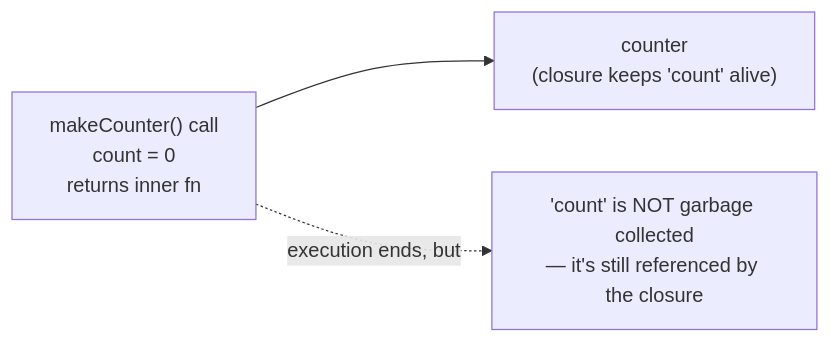
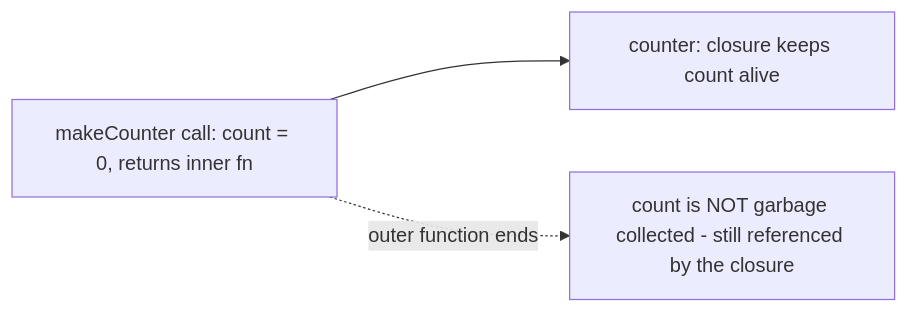
One commit to DipanPramanik098/Thunder-100-Days-Of-Code changed the eighth of 19 diagrams in _01_JavaScript/JavaScript.md. Above: the diagram before and after it, drawn with Mermaid. The commit also changed other lines of this file, not shown here.

````diff
--- a/_01_JavaScript/JavaScript.md
+++ b/_01_JavaScript/JavaScript.md
@@ -406,5 +406,5 @@
 ```mermaid
 flowchart LR
-    A["makeCounter() call\ncount = 0\nreturns inner fn"] --> B["counter\n(closure keeps 'count' alive)"]
-    A -.execution ends, but.-> C["'count' is NOT garbage collected\n— it's still referenced by the closure"]
+    A["makeCounter call: count = 0, returns inner fn"] --> B["counter: closure keeps count alive"]
+    A -.outer function ends.-> C["count is NOT garbage collected - still referenced by the closure"]
 ```
````
